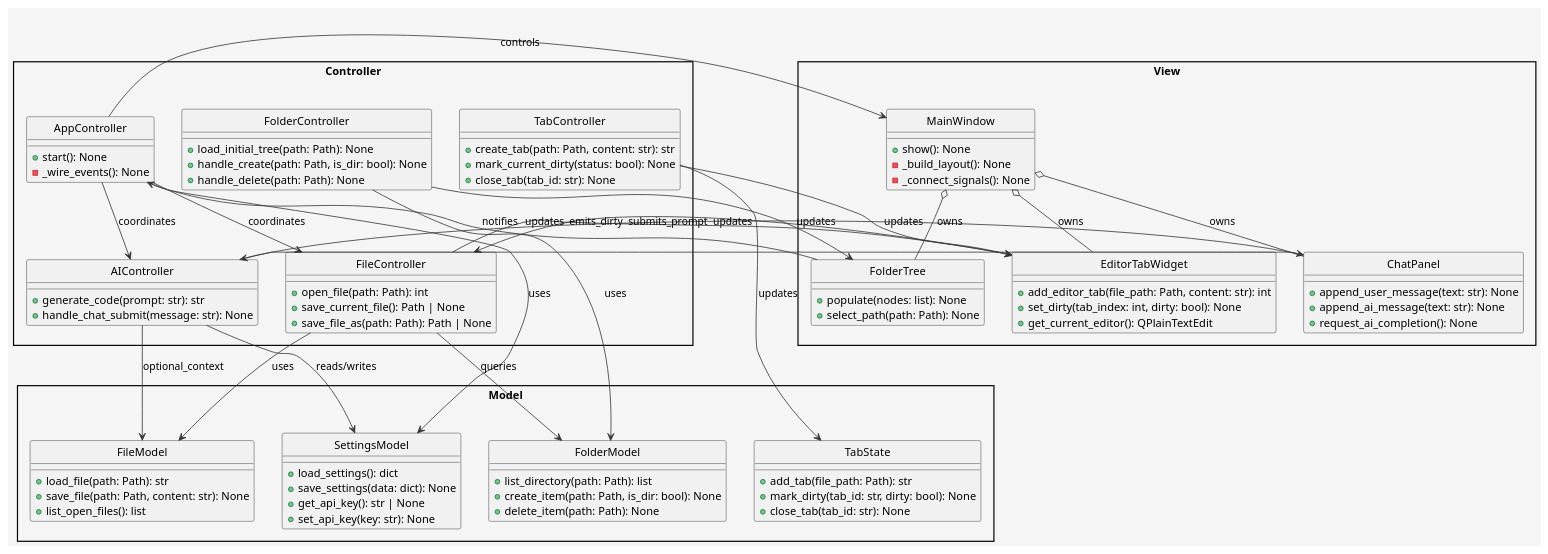
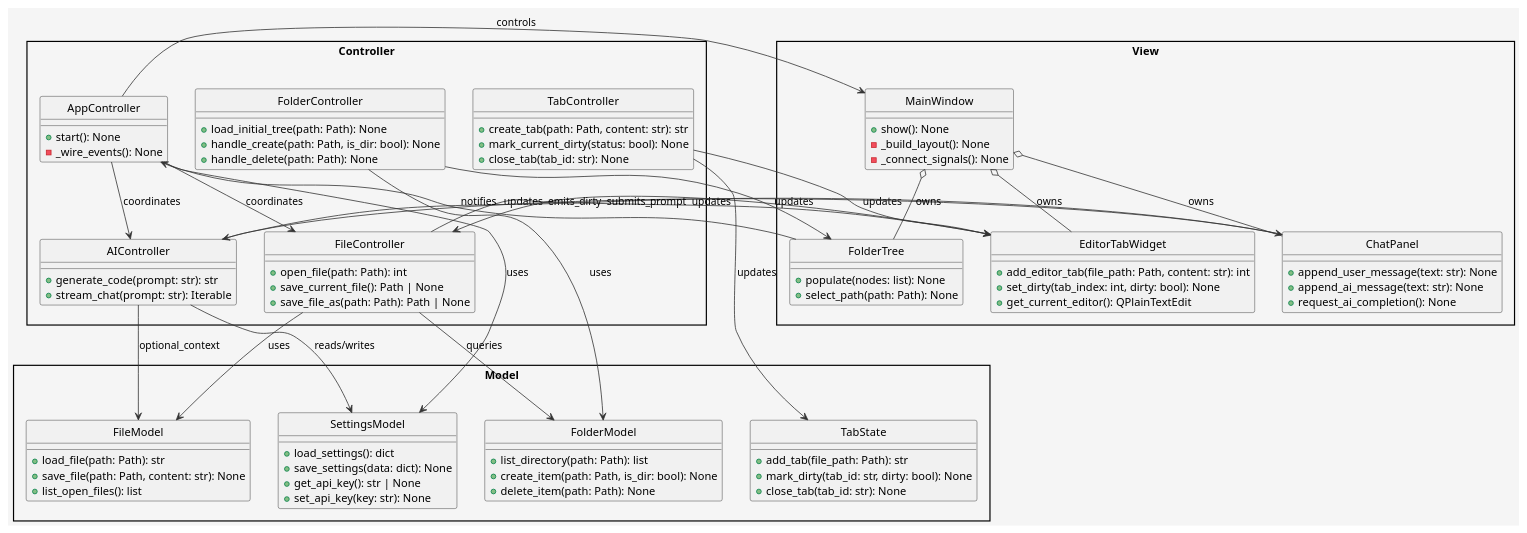
One commit to tt2tt/my_editor changed the diagram in design/architecture.puml. Above: the diagram before and after it, drawn with PlantUML. The commit also changed 4 other files, not shown here.

```diff
--- a/design/architecture.puml
+++ b/design/architecture.puml
@@ -1,117 +1,117 @@
 @startuml ArchitectureDiagram
 ' MVC構造のクラス図。ControllerがModelとView間の仲介を行う。
 skinparam style strictuml
 skinparam packageStyle rectangle
 skinparam backgroundColor #f5f5f5
 skinparam ArrowColor #333333
 skinparam ArrowThickness 1
 skinparam defaultTextAlignment center
 
 package "Model" {
   class FileModel {
     +load_file(path: Path): str
     +save_file(path: Path, content: str): None
     +list_open_files(): list
   }
 
   class FolderModel {
     +list_directory(path: Path): list
     +create_item(path: Path, is_dir: bool): None
     +delete_item(path: Path): None
   }
 
   class TabState {
     +add_tab(file_path: Path): str
     +mark_dirty(tab_id: str, dirty: bool): None
     +close_tab(tab_id: str): None
   }
 
   class SettingsModel {
     +load_settings(): dict
     +save_settings(data: dict): None
     +get_api_key(): str | None
     +set_api_key(key: str): None
   }
 }
 
 package "View" {
   class MainWindow {
     +show(): None
     -_build_layout(): None
     -_connect_signals(): None
   }
 
   class EditorTabWidget {
     +add_editor_tab(file_path: Path, content: str): int
     +set_dirty(tab_index: int, dirty: bool): None
     +get_current_editor(): QPlainTextEdit
   }
 
   class FolderTree {
     +populate(nodes: list): None
     +select_path(path: Path): None
   }
 
   class ChatPanel {
     +append_user_message(text: str): None
     +append_ai_message(text: str): None
     +request_ai_completion(): None
   }
 }
 
 package "Controller" {
   class AppController {
     +start(): None
     -_wire_events(): None
   }
 
   class FileController {
     +open_file(path: Path): int
     +save_current_file(): Path | None
     +save_file_as(path: Path): Path | None
   }
 
   class FolderController {
     +load_initial_tree(path: Path): None
     +handle_create(path: Path, is_dir: bool): None
     +handle_delete(path: Path): None
   }
 
   class TabController {
     +create_tab(path: Path, content: str): str
     +mark_current_dirty(status: bool): None
     +close_tab(tab_id: str): None
   }
 
   class AIController {
     +generate_code(prompt: str): str
-    +handle_chat_submit(message: str): None
+    +stream_chat(prompt: str): Iterable
   }
 }
 
 AppController --> MainWindow : controls
 AppController --> FileController : coordinates
 AppController --> AIController : coordinates
 AppController --> SettingsModel : uses
 
 FileController --> FileModel : uses
 FileController --> EditorTabWidget : updates
 FileController --> FolderModel : queries
 FolderController --> FolderModel : uses
 FolderController --> FolderTree : updates
 TabController --> TabState : updates
 TabController --> EditorTabWidget : updates
 
 AIController --> ChatPanel : updates
 AIController --> SettingsModel : reads/writes
 AIController --> FileModel : optional_context
 
 MainWindow o-- EditorTabWidget : owns
 MainWindow o-- FolderTree : owns
 MainWindow o-- ChatPanel : owns
 
 FolderTree --> AppController : notifies
 EditorTabWidget --> FileController : emits_dirty
 ChatPanel --> AIController : submits_prompt
 
 @enduml
```
